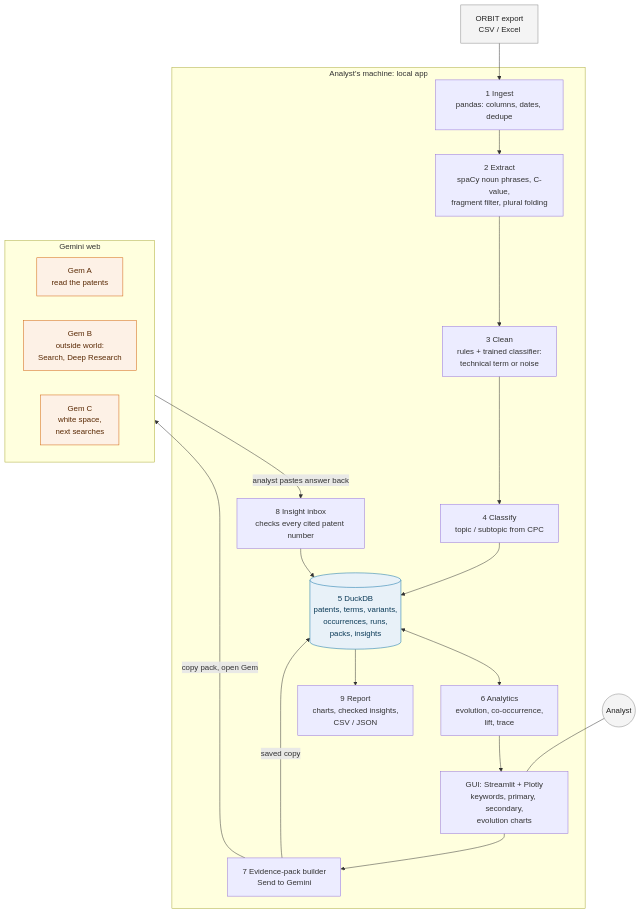
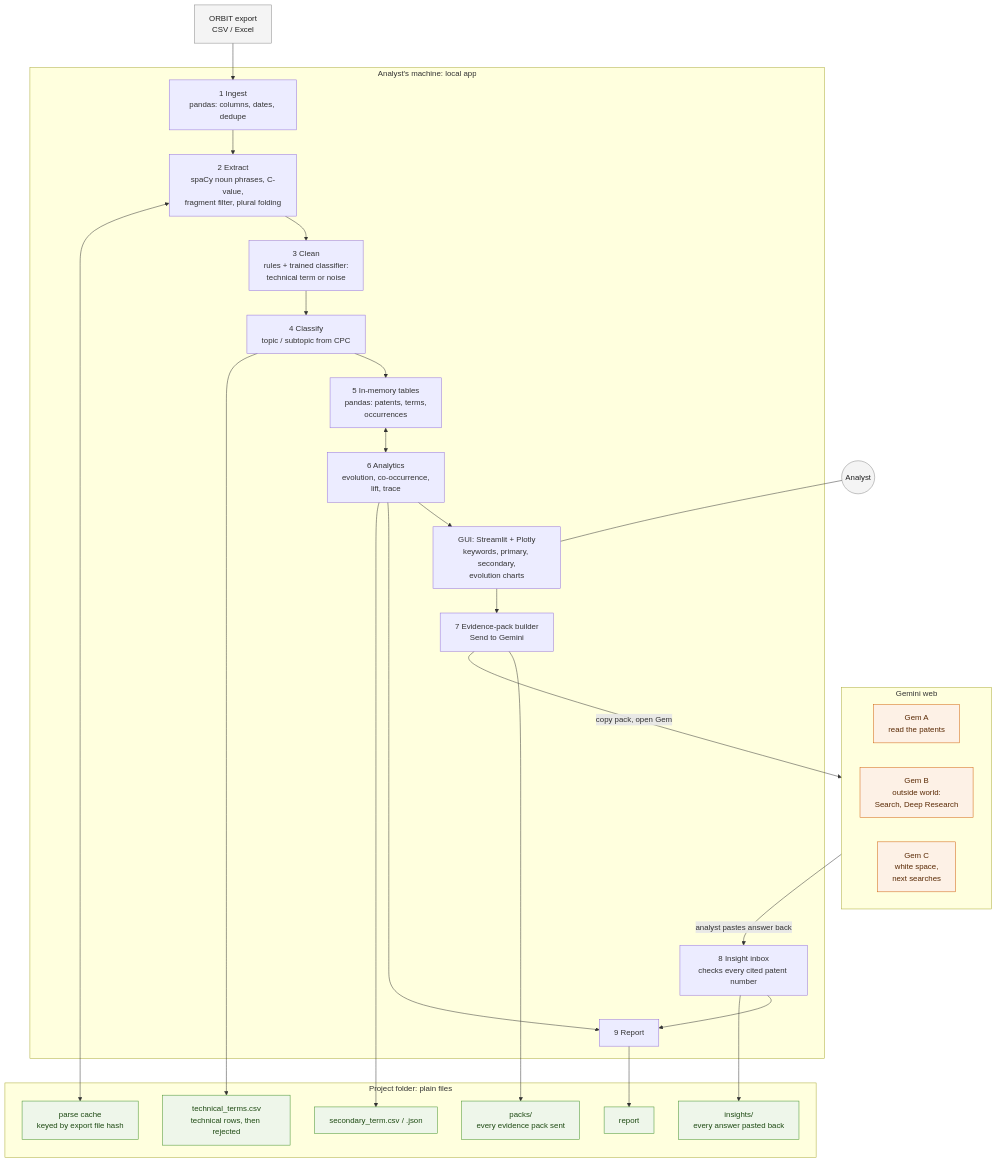
Before and after one commit to szed0/random: the first of 3 diagrams in ARCHITECTURE.md, drawn with Mermaid. The commit also changed other lines of this file, not shown here.

First line of the commit message:
Drop the database from the architecture

````diff
--- a/ARCHITECTURE.md
+++ b/ARCHITECTURE.md
@@ -11,44 +15,58 @@
 ```mermaid
 flowchart TB
     exportfile["ORBIT export<br/>CSV / Excel"]
     analyst(("Analyst"))
 
     subgraph LOCAL["Analyst's machine: local app"]
         ingest["1 Ingest<br/>pandas: columns, dates, dedupe"]
         extract["2 Extract<br/>spaCy noun phrases, C-value,<br/>fragment filter, plural folding"]
         clean["3 Clean<br/>rules + trained classifier:<br/>technical term or noise"]
         classify["4 Classify<br/>topic / subtopic from CPC"]
-        db[("5 DuckDB<br/>patents, terms, variants,<br/>occurrences, runs,<br/>packs, insights")]
+        memory["5 In-memory tables<br/>pandas: patents, terms,<br/>occurrences"]
         analytics["6 Analytics<br/>evolution, co-occurrence,<br/>lift, trace"]
         gui["GUI: Streamlit + Plotly<br/>keywords, primary, secondary,<br/>evolution charts"]
         packer["7 Evidence-pack builder<br/>Send to Gemini"]
         inbox["8 Insight inbox<br/>checks every cited patent number"]
-        report["9 Report<br/>charts, checked insights,<br/>CSV / JSON"]
+        report["9 Report"]
 
-        ingest --> extract --> clean --> classify --> db
-        db <--> analytics
+        ingest --> extract --> clean --> classify --> memory
+        memory <--> analytics
         analytics --> gui
         gui --> packer
-        packer -- "saved copy" --> db
-        inbox --> db
-        db --> report
+        inbox --> report
+        analytics --> report
+    end
+
+    subgraph FOLDER["Project folder: plain files"]
+        termsfile["technical_terms.csv<br/>technical rows, then rejected"]
+        secfile["secondary_term.csv / .json"]
+        packsdir["packs/<br/>every evidence pack sent"]
+        insightsdir["insights/<br/>every answer pasted back"]
+        reportfile["report"]
+        cachefile["parse cache<br/>keyed by export file hash"]
     end
 
     subgraph GEMINI["Gemini web"]
         gemA["Gem A<br/>read the patents"]
         gemB["Gem B<br/>outside world:<br/>Search, Deep Research"]
         gemC["Gem C<br/>white space,<br/>next searches"]
     end
 
     exportfile --> ingest
     analyst --- gui
+    extract <--> cachefile
+    classify --> termsfile
+    analytics --> secfile
+    packer --> packsdir
+    inbox --> insightsdir
+    report --> reportfile
     packer -- "copy pack, open Gem" --> GEMINI
     GEMINI -- "analyst pastes answer back" --> inbox
 
     classDef ext fill:#f4f4f4,stroke:#888,color:#222
-    classDef store fill:#e8f1f8,stroke:#0b6fa4,color:#0b3a57
+    classDef file fill:#eef6ea,stroke:#3f8f29,color:#1e4a13
     classDef gem fill:#fdf1e6,stroke:#d1600a,color:#5a2a05
     class exportfile,analyst ext
-    class db store
+    class termsfile,secfile,packsdir,insightsdir,reportfile,cachefile file
     class gemA,gemB,gemC gem
 ```
````
